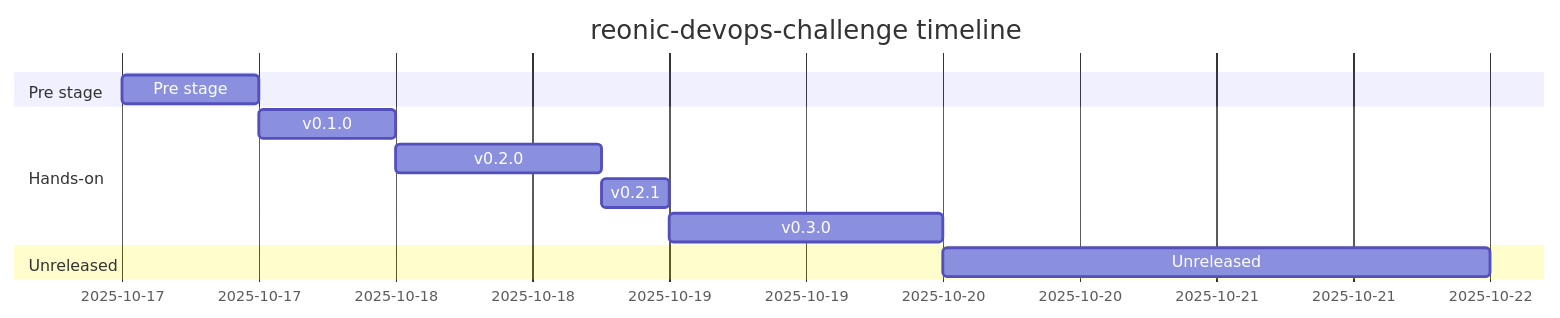
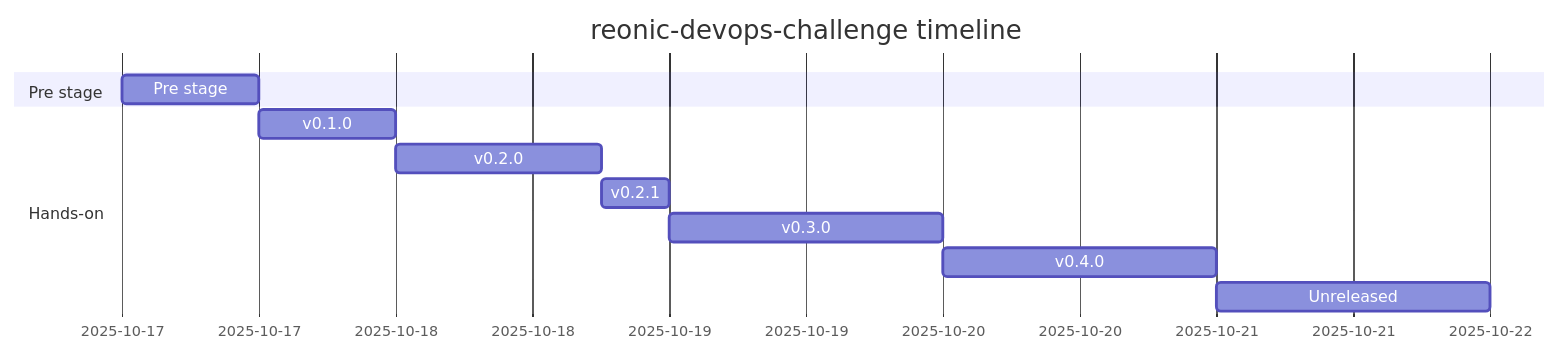
The diagram in SUBMISSION.md (whisperpine/reonic-devops-challenge), drawn with Mermaid before and after one commit. The commit also changed other lines of this file, not shown here.

Commit message:
chore: prepare for the v0.4.0 github release

````diff
--- a/SUBMISSION.md
+++ b/SUBMISSION.md
@@ -30,14 +30,14 @@
 ```mermaid
 gantt
     title reonic-devops-challenge timeline
     dateFormat YYYY-MM-DD
     section Pre stage
         Pre stage   :a0, 2025-10-17, 12h
     section Hands-on
         v0.1.0      :a1, after a0, 12h
         v0.2.0      :a2, after a1, 18h
         v0.2.1      :a21, after a2, 6h
         v0.3.0      :a3, after a21, 1d
-    section Unreleased
+        v0.4.0      :a4, after a3, 1d
         Unreleased  :2025-10-22
 ```
````
